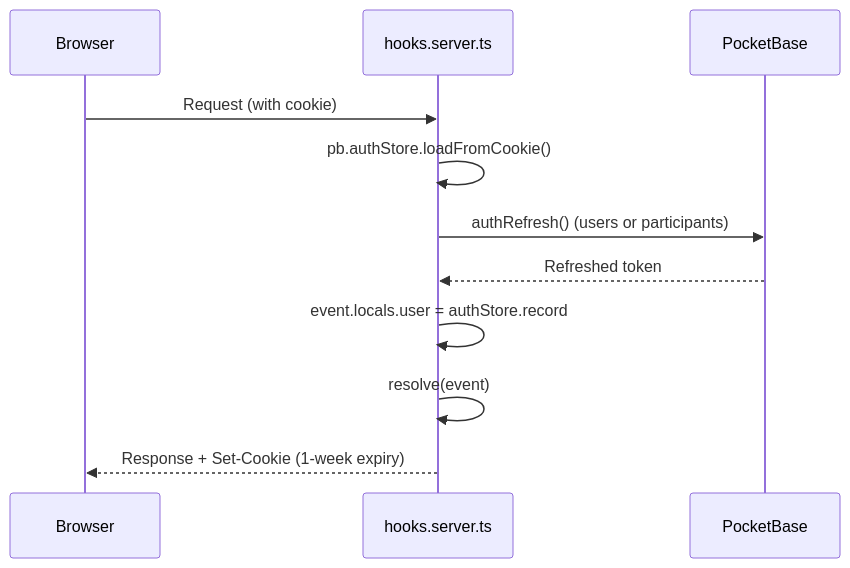
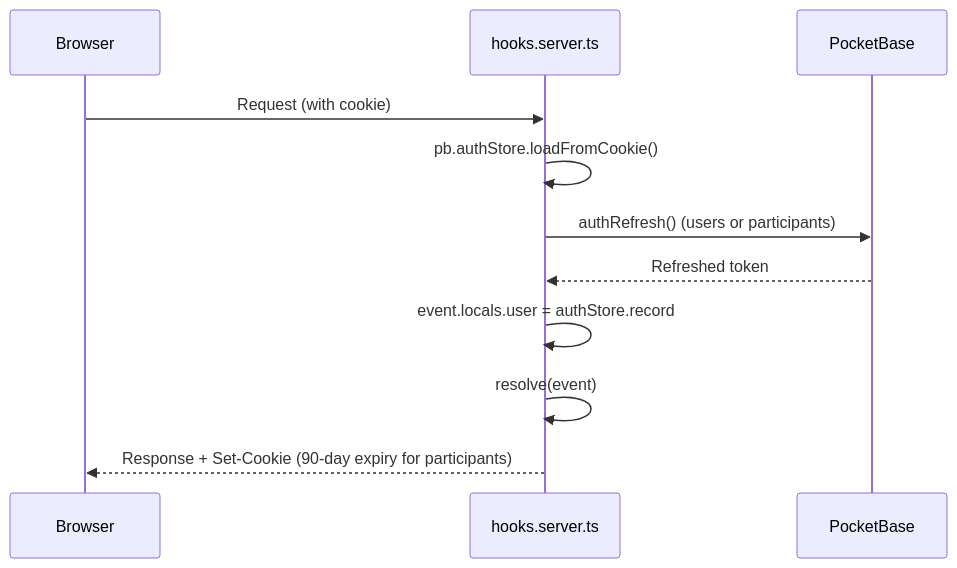
The sixth of 7 diagrams in docs/dev/architecture.md (jbndrf/ueberblick), drawn with Mermaid before and after one commit. The commit also changed other lines of this file and 22 other files, not shown here.

````diff
--- a/docs/dev/architecture.md
+++ b/docs/dev/architecture.md
@@ -328,14 +372,14 @@
 ```mermaid
 sequenceDiagram
     participant Browser
     participant SvelteKit as hooks.server.ts
     participant PB as PocketBase
 
     Browser->>SvelteKit: Request (with cookie)
     SvelteKit->>SvelteKit: pb.authStore.loadFromCookie()
     SvelteKit->>PB: authRefresh() (users or participants)
     PB-->>SvelteKit: Refreshed token
     SvelteKit->>SvelteKit: event.locals.user = authStore.record
     SvelteKit->>SvelteKit: resolve(event)
-    SvelteKit-->>Browser: Response + Set-Cookie (1-week expiry)
+    SvelteKit-->>Browser: Response + Set-Cookie (90-day expiry for participants)
 ```
````
